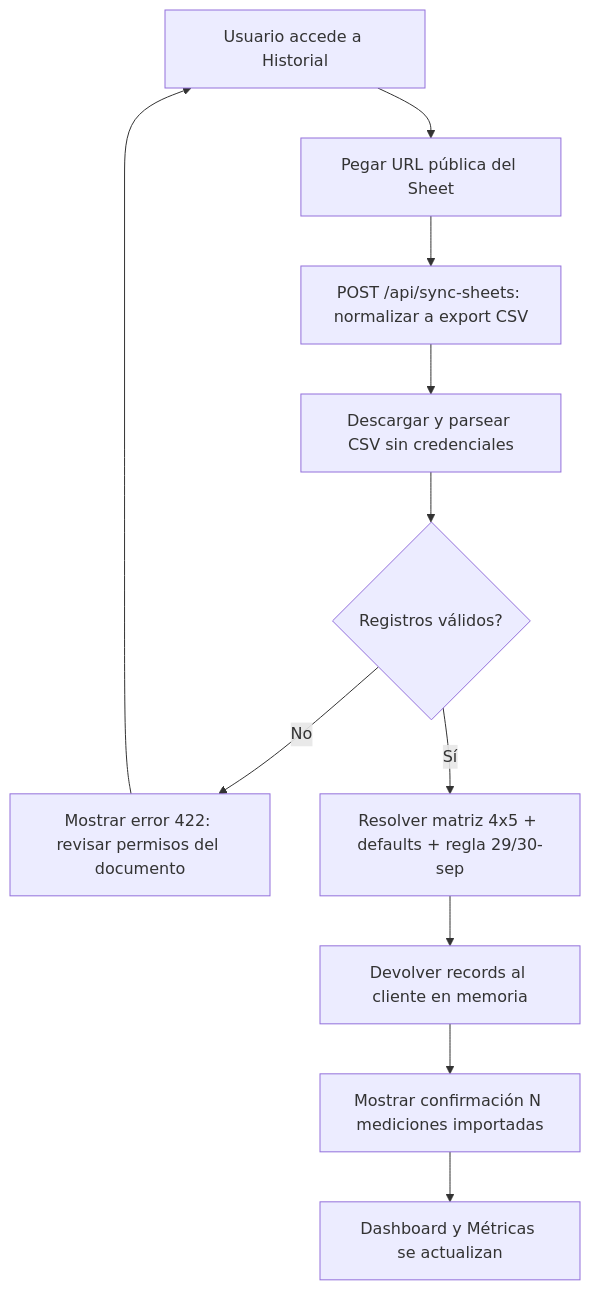
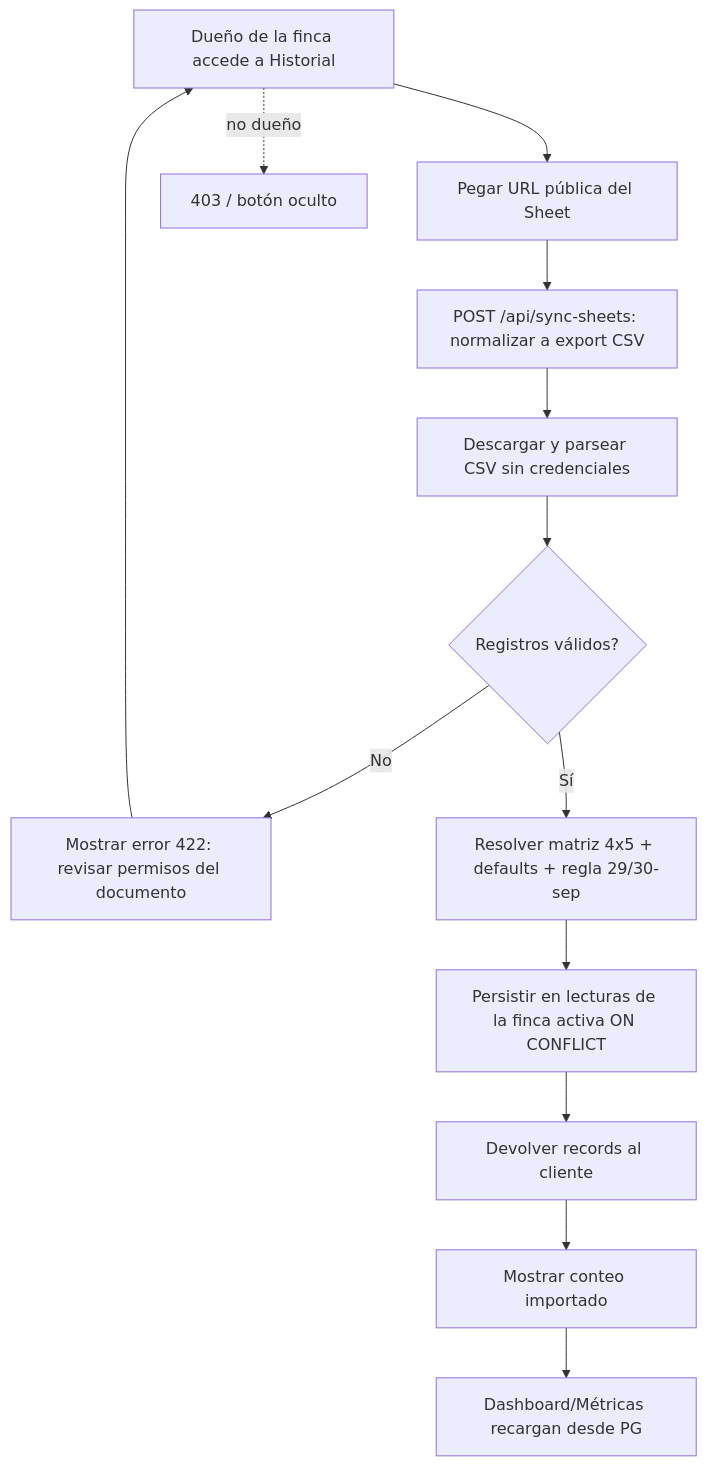
One commit to Jdgb22/Proyect_invernadero changed the fourth of 4 diagrams in docs/ACTIVITIES.md. Above: the diagram before and after it, drawn with Mermaid. The commit also changed other lines of this file and 81 other files, not shown here.

Commit message:
feat!: multi-finca v2 — roles, finca activa, Sheets solo-dueño y panel staff

````diff
--- a/docs/ACTIVITIES.md
+++ b/docs/ACTIVITIES.md
@@ -53,13 +53,15 @@
 ```mermaid
 flowchart TD
-    A[Usuario accede a Historial] --> B[Pegar URL pública del Sheet]
+    A[Dueño de la finca accede a Historial] --> B[Pegar URL pública del Sheet]
     B --> C[POST /api/sync-sheets: normalizar a export CSV]
     C --> D[Descargar y parsear CSV sin credenciales]
     D --> E{Registros válidos?}
     E -- No --> F[Mostrar error 422: revisar permisos del documento]
     F --> A
     E -- Sí --> H[Resolver matriz 4x5 + defaults + regla 29/30-sep]
-    H --> I[Devolver records al cliente en memoria]
-    I --> K[Mostrar confirmación N mediciones importadas]
-    K --> L[Dashboard y Métricas se actualizan]
+    H --> I[Persistir en lecturas de la finca activa ON CONFLICT]
+    I --> J[Devolver records al cliente]
+    J --> K[Mostrar conteo importado]
+    K --> L[Dashboard/Métricas recargan desde PG]
+    A -. no dueño .-> X[403 / botón oculto]
 ```
````
